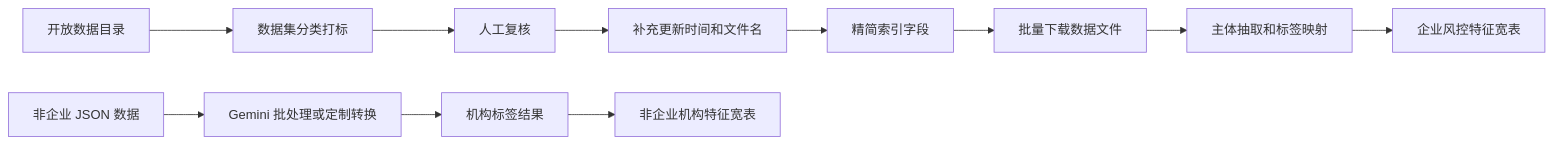
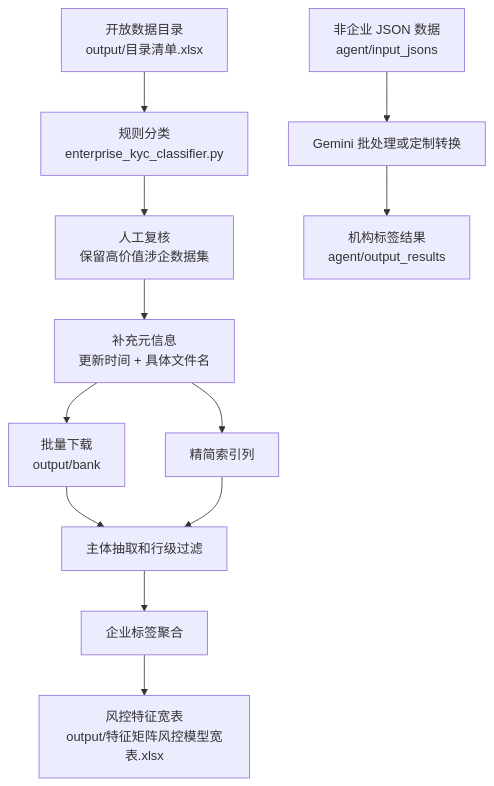
Before and after one commit to chaomacv/beijing-open-data-enterprise-risk: the diagram in README.md, drawn with Mermaid. The commit also changed other lines of this file, not shown here.

````diff
--- a/README.md
+++ b/README.md
@@ -26,14 +38,15 @@
 ```mermaid
-flowchart LR
-    A[开放数据目录] --> B[数据集分类打标]
-    B --> C[人工复核]
-    C --> D[补充更新时间和文件名]
-    D --> E[精简索引字段]
-    E --> F[批量下载数据文件]
-    F --> G[主体抽取和标签映射]
-    G --> H[企业风控特征宽表]
+flowchart TD
+    A[开放数据目录<br/>output/目录清单.xlsx] --> B[规则分类<br/>enterprise_kyc_classifier.py]
+    B --> C[人工复核<br/>保留高价值涉企数据集]
+    C --> D[补充元信息<br/>更新时间 + 具体文件名]
+    D --> E[批量下载<br/>output/bank]
+    D --> F[精简索引列]
+    E --> G[主体抽取和行级过滤]
+    F --> G
+    G --> H[企业标签聚合]
+    H --> I[风控特征宽表<br/>output/特征矩阵风控模型宽表.xlsx]
 
-    I[非企业 JSON 数据] --> J[Gemini 批处理或定制转换]
-    J --> K[机构标签结果]
-    K --> L[非企业机构特征宽表]
+    J[非企业 JSON 数据<br/>agent/input_jsons] --> K[Gemini 批处理或定制转换]
+    K --> L[机构标签结果<br/>agent/output_results]
 ```
````
